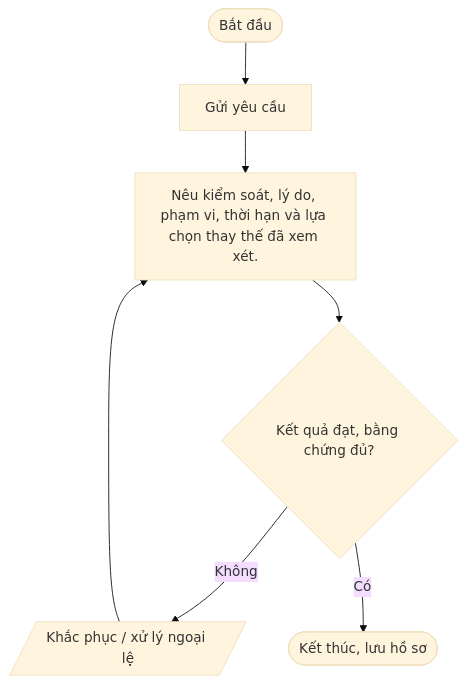
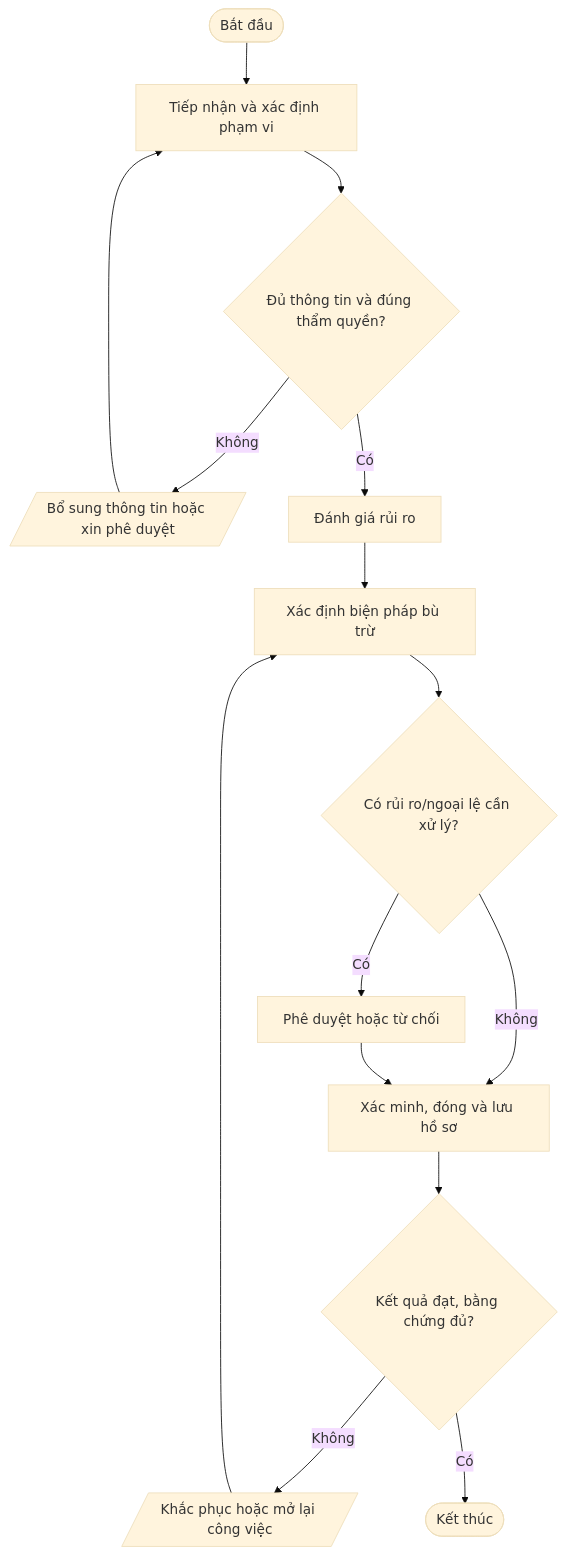
One commit to daoaigiangnam/Quy_Trinh_Chuan changed the fifth of 7 diagrams in quy-trinh/01-Quan-tri-ISMS/README.md. Above: the diagram before and after it, drawn with Mermaid (base theme). The commit also changed other lines of this file, not shown here.

Commit message:
docs: refine detailed procedure steps and Mermaid flowcharts

````diff
--- a/quy-trinh/01-Quan-tri-ISMS/README.md
+++ b/quy-trinh/01-Quan-tri-ISMS/README.md
@@ -330,11 +405,17 @@
 ```mermaid
 flowchart TD
-  A([Bắt đầu]) --> S1
-  S1["Gửi yêu cầu"]
-  S2["Nêu kiểm soát, lý do, phạm vi, thời hạn và lựa chọn thay thế đã xem xét."]
-  S1 --> S2
-  S2 --> D2{"Kết quả đạt, bằng chứng đủ?"}
-  D2 -- Không --> REWORK[/"Khắc phục / xử lý ngoại lệ"/]
-  REWORK --> S2
-  D2 -- Có --> Z([Kết thúc, lưu hồ sơ])
+  A([Bắt đầu]) --> S1["Tiếp nhận và xác định phạm vi"]
+  S1 --> D1{"Đủ thông tin và đúng thẩm quyền?"}
+  D1 -- Không --> F1[/"Bổ sung thông tin hoặc xin phê duyệt"/]
+  F1 --> S1
+  D1 -- Có --> S2["Đánh giá rủi ro"]
+  S2 --> S3["Xác định biện pháp bù trừ"]
+  S3 --> D2{"Có rủi ro/ngoại lệ cần xử lý?"}
+  D2 -- Có --> S4["Phê duyệt hoặc từ chối"]
+  D2 -- Không --> S5["Xác minh, đóng và lưu hồ sơ"]
+  S4 --> S5
+  S5 --> D3{"Kết quả đạt, bằng chứng đủ?"}
+  D3 -- Không --> R[/"Khắc phục hoặc mở lại công việc"/]
+  R --> S3
+  D3 -- Có --> Z([Kết thúc])
 ```
````
